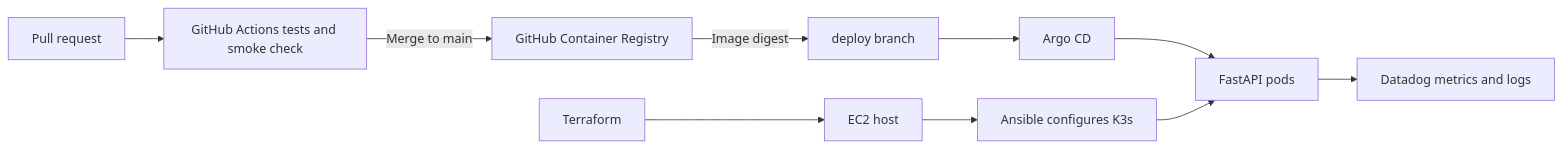
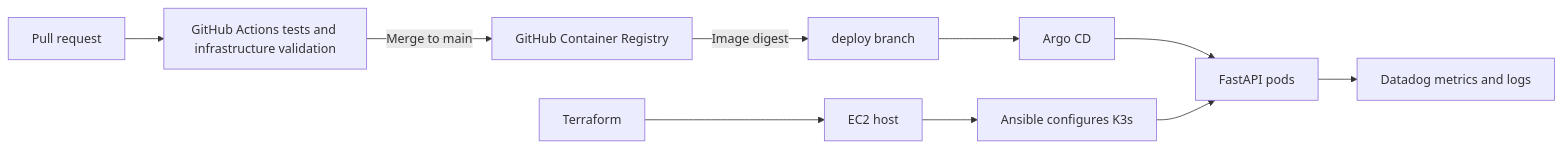
Before and after one commit to EsraArq/fastapi-devops-portfolio: the diagram in README.md, drawn with Mermaid. The commit also changed other lines of this file and 5 other files, not shown here.

````diff
--- a/README.md
+++ b/README.md
@@ -5,12 +5,12 @@
 ```mermaid
 flowchart LR
-    PR[Pull request] --> CI[GitHub Actions tests and smoke check]
+    PR[Pull request] --> CI[GitHub Actions tests and infrastructure validation]
     CI -->|Merge to main| GHCR[GitHub Container Registry]
     GHCR -->|Image digest| Git[deploy branch]
     Git --> Argo[Argo CD]
     Argo --> K8s[FastAPI pods]
     K8s --> DD[Datadog metrics and logs]
     TF[Terraform] --> EC2[EC2 host]
     EC2 --> Ansible[Ansible configures K3s]
     Ansible --> K8s
 ```
````
